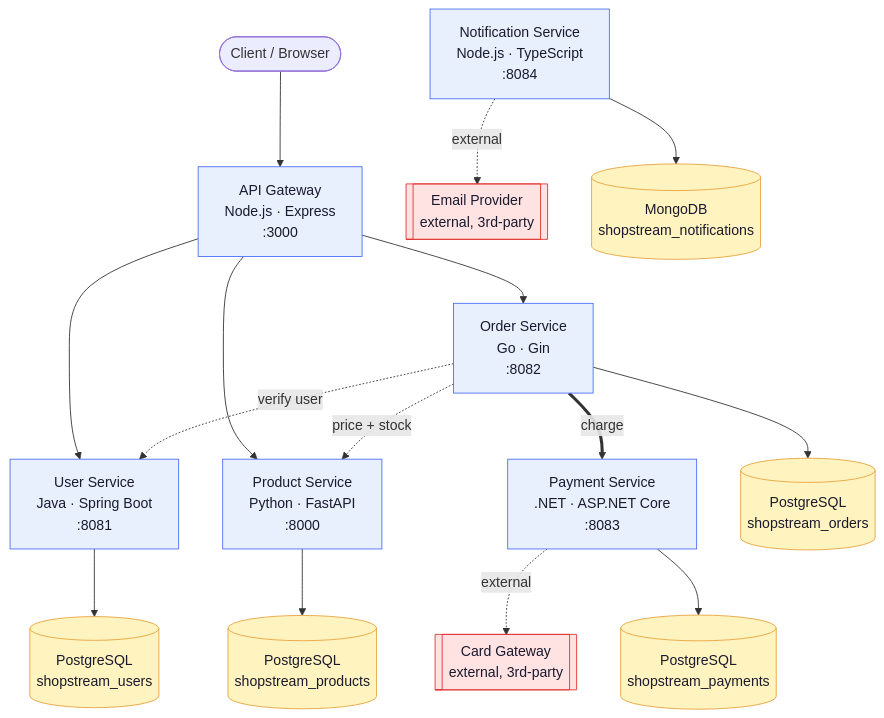
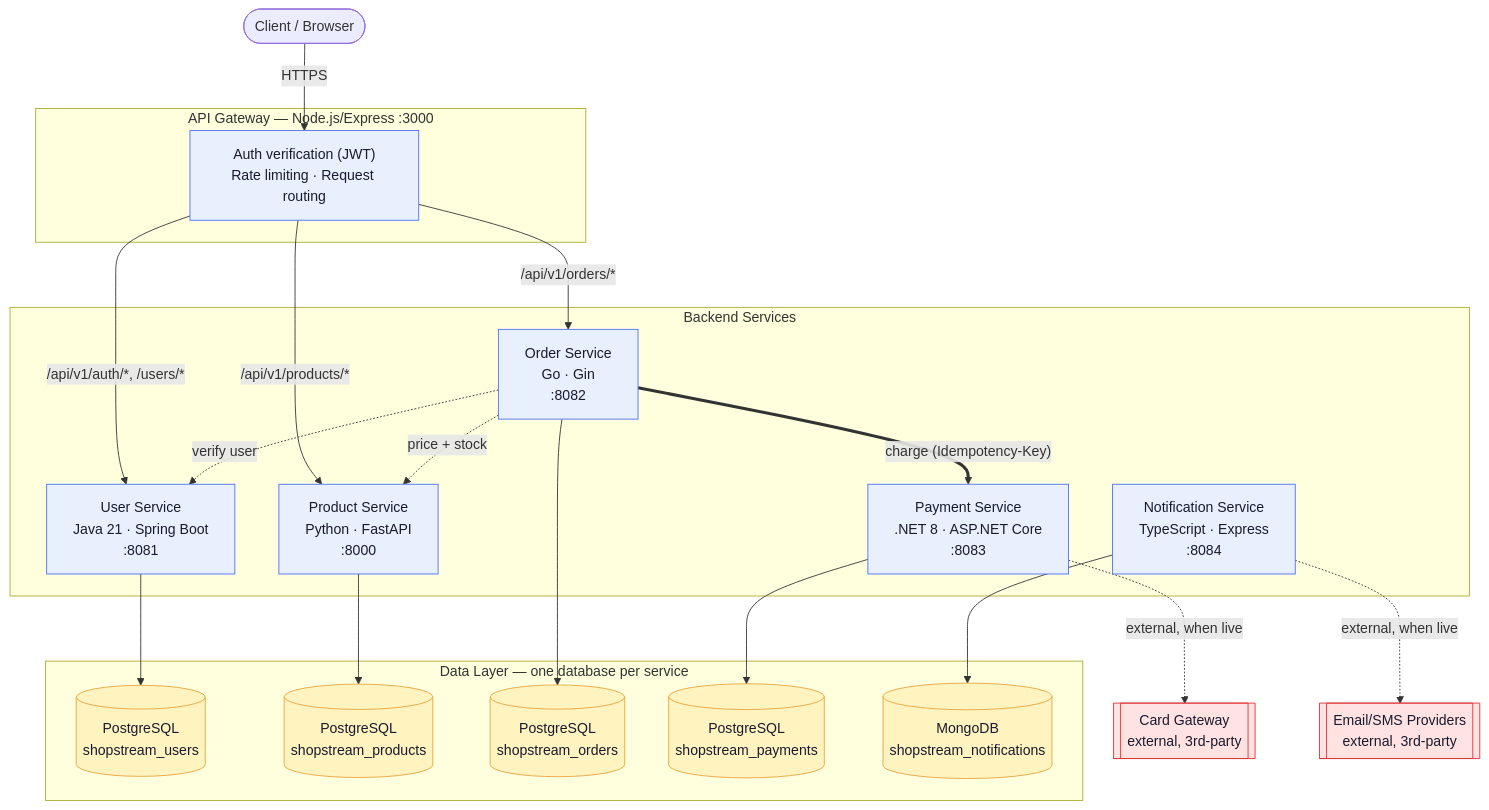
The diagram in README.md (manoj-s0423/microservices-platform), drawn with Mermaid before and after one commit.

Commit message:
Update architecture diagram: group into subgraphs, add idempotency-key note
Refines the existing mermaid diagram with clearer visual grouping
(gateway / backend services / data layer as subgraphs) and calls out
the Idempotency-Key mechanism on the order-service -> payment-service
charge call, matching what's actually implemented in payment_client.go.

````diff
--- a/README.md
+++ b/README.md
@@ -19,33 +19,53 @@
 ```mermaid
 flowchart TB
-    Client([Client / Browser])
-    GW[API Gateway<br/>Node.js · Express<br/>:3000]
+    Client(["Client / Browser"])
 
-    Client --> GW
+    subgraph GWG["API Gateway — Node.js/Express :3000"]
+        GW["Auth verification (JWT)<br/>Rate limiting · Request routing"]
+    end
 
-    GW --> US[User Service<br/>Java · Spring Boot<br/>:8081]
-    GW --> PS[Product Service<br/>Python · FastAPI<br/>:8000]
-    GW --> OS[Order Service<br/>Go · Gin<br/>:8082]
+    subgraph SVC["Backend Services"]
+        US["User Service<br/>Java 21 · Spring Boot<br/>:8081"]
+        PS["Product Service<br/>Python · FastAPI<br/>:8000"]
+        OS["Order Service<br/>Go · Gin<br/>:8082"]
+        PAY["Payment Service<br/>.NET 8 · ASP.NET Core<br/>:8083"]
+        NOTIF["Notification Service<br/>TypeScript · Express<br/>:8084"]
+    end
+
+    subgraph DATA["Data Layer — one database per service"]
+        USDB[("PostgreSQL<br/>shopstream_users")]
+        PSDB[("PostgreSQL<br/>shopstream_products")]
+        OSDB[("PostgreSQL<br/>shopstream_orders")]
+        PAYDB[("PostgreSQL<br/>shopstream_payments")]
+        NOTIFDB[("MongoDB<br/>shopstream_notifications")]
+    end
+
+    EXT[["Card Gateway<br/>external, 3rd-party"]]
+    EMAIL[["Email/SMS Providers<br/>external, 3rd-party"]]
+
+    Client -->|HTTPS| GW
+
+    GW -->|"/api/v1/auth/*, /users/*"| US
+    GW -->|"/api/v1/products/*"| PS
+    GW -->|"/api/v1/orders/*"| OS
 
     OS -.verify user.-> US
     OS -.price + stock.-> PS
-    OS ==charge==> PAY[Payment Service<br/>.NET · ASP.NET Core<br/>:8083]
+    OS =="charge (Idempotency-Key)"==> PAY
 
-    PAY -.external.-> EXT[[Card Gateway<br/>external, 3rd-party]]
+    PAY -.external, when live.-> EXT
+    NOTIF -.external, when live.-> EMAIL
 
-    NOTIF[Notification Service<br/>Node.js · TypeScript<br/>:8084]
-    NOTIF -.external.-> EMAIL[[Email Provider<br/>external, 3rd-party]]
-
-    US --> USDB[(PostgreSQL<br/>shopstream_users)]
-    PS --> PSDB[(PostgreSQL<br/>shopstream_products)]
-    OS --> OSDB[(PostgreSQL<br/>shopstream_orders)]
-    PAY --> PAYDB[(PostgreSQL<br/>shopstream_payments)]
-    NOTIF --> NOTIFDB[(MongoDB<br/>shopstream_notifications)]
+    US --> USDB
+    PS --> PSDB
+    OS --> OSDB
+    PAY --> PAYDB
+    NOTIF --> NOTIFDB
 
     classDef svc fill:#e8f0fe,stroke:#4c6ef5,color:#1a1a2e;
     classDef db fill:#fff3bf,stroke:#e8a33d,color:#1a1a2e;
     classDef ext fill:#ffe3e3,stroke:#e03131,color:#1a1a2e;
     class GW,US,PS,OS,PAY,NOTIF svc;
     class USDB,PSDB,OSDB,PAYDB,NOTIFDB db;
     class EXT,EMAIL ext;
 ```
````
